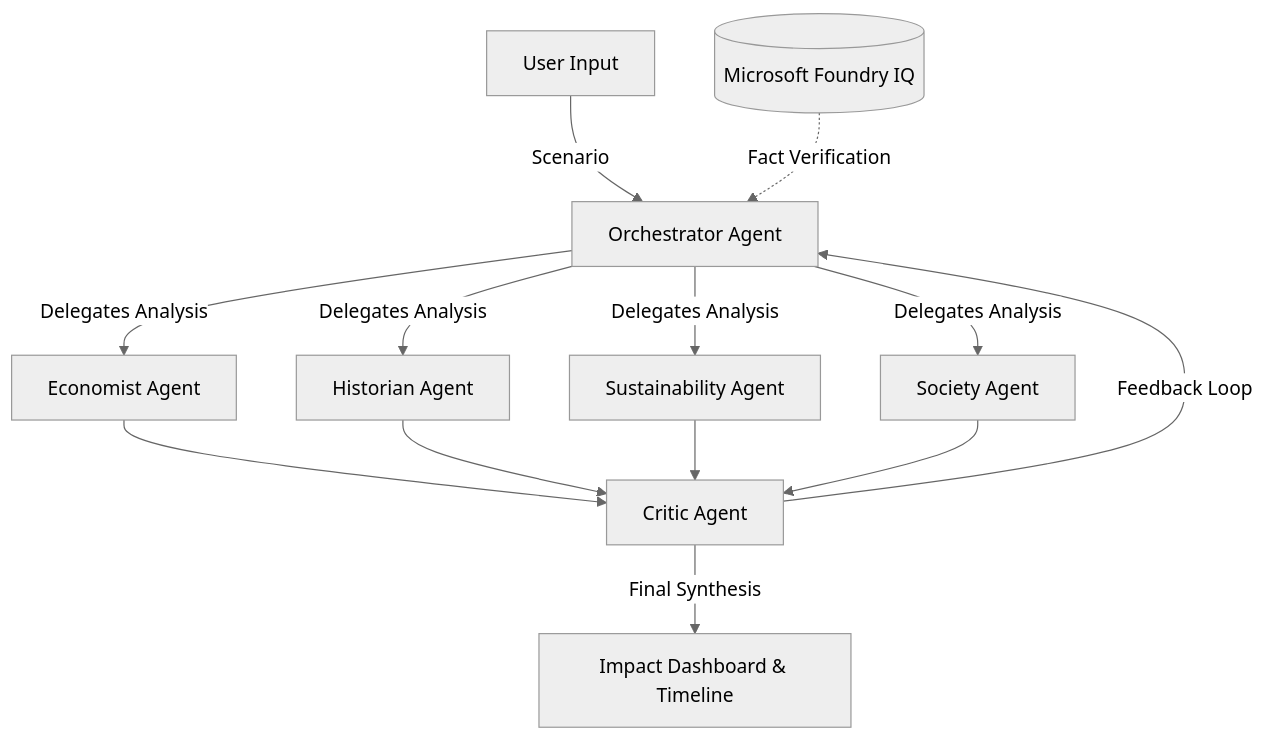
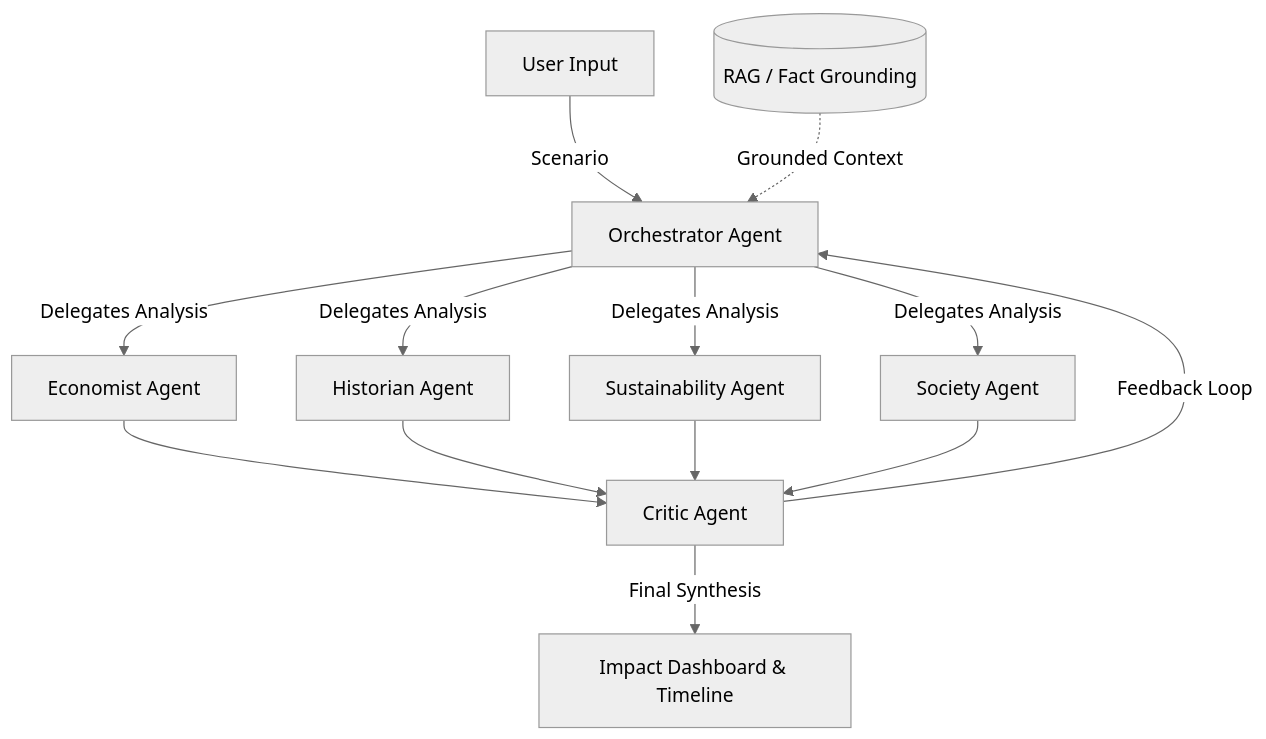
Before and after one commit to Praticksingh/Anamnesis-AI: the diagram in README.md, drawn with Mermaid (neutral theme).

Commit message:
refactor: make Mermaid diagram RAG node neutral for multi-platform submission

````diff
--- a/README.md
+++ b/README.md
@@ -12,17 +12,17 @@
 ```mermaid
 graph TD;
     User[User Input] -->|Scenario| Orchestrator[Orchestrator Agent];
     Orchestrator -->|Delegates Analysis| Economist[Economist Agent];
     Orchestrator -->|Delegates Analysis| Historian[Historian Agent];
     Orchestrator -->|Delegates Analysis| Sustainability[Sustainability Agent];
     Orchestrator -->|Delegates Analysis| Society[Society Agent];
     
     Economist --> Critic[Critic Agent];
     Historian --> Critic;
     Sustainability --> Critic;
     Society --> Critic;
     
-    FoundryIQ[(Microsoft Foundry IQ)] -.->|Fact Verification| Orchestrator;
+    FoundryIQ[(RAG / Fact Grounding)] -.->|Grounded Context| Orchestrator;
     Critic -->|Feedback Loop| Orchestrator;
     Critic -->|Final Synthesis| Report[Impact Dashboard & Timeline];
 ```
````
